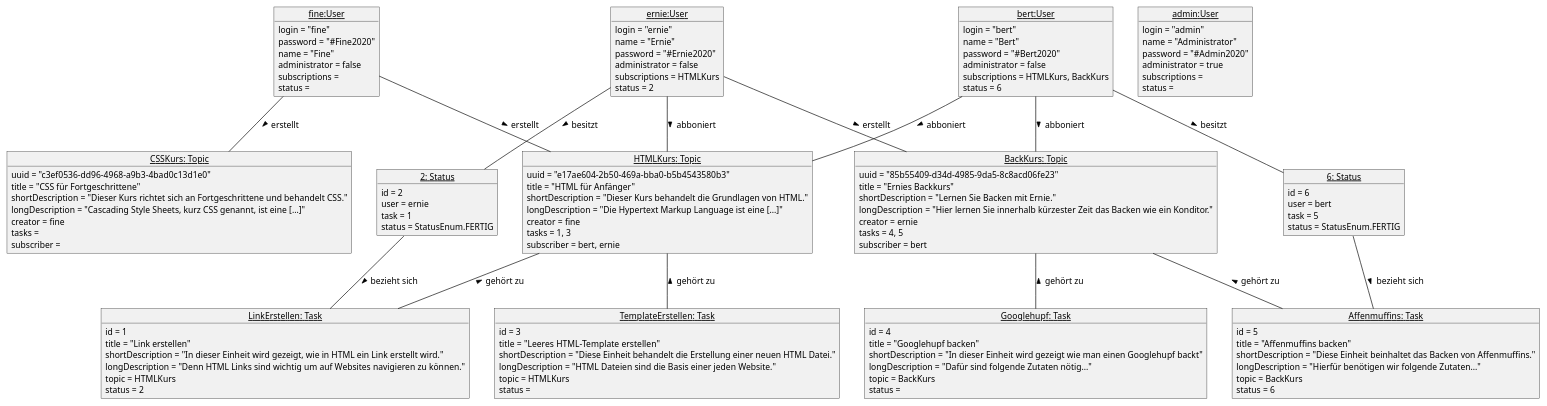
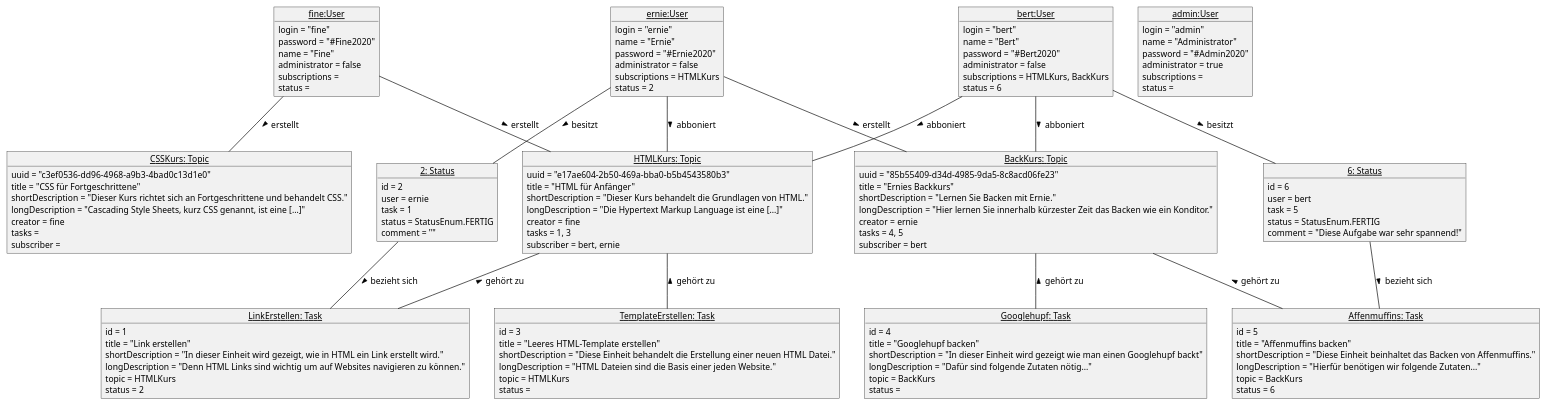
The diagram in doku/Objektmodell.plantuml (SimonHirner/agenda20), drawn with PlantUML before and after one commit. The commit also changed 12 other files, not shown here.

```diff
--- a/doku/Objektmodell.plantuml
+++ b/doku/Objektmodell.plantuml
@@ -1,146 +1,148 @@
 @startuml
 
 ' Layout
 skinparam classAttributeIconSize 0
 skinparam monochrome true
 skinparam shadowing false
 skinparam DefaultFontName arial
 skinparam DefaultFontSize 12
 skinparam ClassFontStyle bold
 
 'User
 object "<u>fine:User</u>" as fine{
     login = "fine"
     password = "#Fine2020"
     name = "Fine"
     administrator = false
     subscriptions = 
     status = 
 }
 object "<u>ernie:User</u>" as ernie{
     login = "ernie"
     name = "Ernie"
     password = "#Ernie2020"
     administrator = false
     subscriptions = HTMLKurs
     status = 2
 }
 object "<u>bert:User</u>" as bert{
     login = "bert"
     name = "Bert"
     password = "#Bert2020"
     administrator = false
     subscriptions = HTMLKurs, BackKurs
     status = 6
 }
 object "<u>admin:User</u>" as admin{
     login = "admin"
     name = "Administrator"
     password = "#Admin2020"
     administrator = true
     subscriptions = 
     status = 
 }
 
 'Topics
 object "<u>HTMLKurs: Topic</u>" as HTMLKurs{
 	uuid = "e17ae604-2b50-469a-bba0-b5b4543580b3"
     title = "HTML für Anfänger"
     shortDescription = "Dieser Kurs behandelt die Grundlagen von HTML."
     longDescription = "Die Hypertext Markup Language ist eine [...]"
     creator = fine
     tasks = 1, 3
     subscriber = bert, ernie
 
 }
 object "<u>CSSKurs: Topic</u>" as CSSKurs{
 	uuid = "c3ef0536-dd96-4968-a9b3-4bad0c13d1e0"
     title = "CSS für Fortgeschrittene"
     shortDescription = "Dieser Kurs richtet sich an Fortgeschrittene und behandelt CSS."
     longDescription = "Cascading Style Sheets, kurz CSS genannt, ist eine [...]"
     creator = fine
     tasks = 
     subscriber = 
 }
 object "<u>BackKurs: Topic</u>" as BackKurs{
 	uuid = "85b55409-d34d-4985-9da5-8c8acd06fe23"
     title = "Ernies Backkurs"
     shortDescription = "Lernen Sie Backen mit Ernie."
     longDescription = "Hier lernen Sie innerhalb kürzester Zeit das Backen wie ein Konditor."
     creator = ernie
     tasks = 4, 5
     subscriber = bert
 }
 
 'Tasks
 object "<u>LinkErstellen: Task</u>" as LinkErstellen {
     id = 1
     title = "Link erstellen"
     shortDescription = "In dieser Einheit wird gezeigt, wie in HTML ein Link erstellt wird."
     longDescription = "Denn HTML Links sind wichtig um auf Websites navigieren zu können."
     topic = HTMLKurs
     status = 2
 }
 object "<u>TemplateErstellen: Task</u>" as HTMlErstellen {
     id = 3
     title = "Leeres HTML-Template erstellen"
     shortDescription = "Diese Einheit behandelt die Erstellung einer neuen HTML Datei."
     longDescription = "HTML Dateien sind die Basis einer jeden Website."
     topic = HTMLKurs
     status =
 }
 object "<u>Googlehupf: Task</u>" as Googlehupf {
     id = 4
     title = "Googlehupf backen"
     shortDescription = "In dieser Einheit wird gezeigt wie man einen Googlehupf backt"
     longDescription = "Dafür sind folgende Zutaten nötig..."
     topic = BackKurs
     status =
 }
 object "<u>Affenmuffins: Task</u>" as Affenmuffins {
     id = 5
     title = "Affenmuffins backen"
     shortDescription = "Diese Einheit beinhaltet das Backen von Affenmuffins."
     longDescription = "Hierfür benötigen wir folgende Zutaten..."
     topic = BackKurs
     status = 6
 }
 
 'status
 object "<u>2: Status</u>" as 2{
 	id = 2
 	user = ernie
 	task = 1
 	status = StatusEnum.FERTIG
+	comment = ""
 }
 
 object "<u>6: Status</u>" as 6{
 	id = 6
 	user = bert
 	task = 5
 	status = StatusEnum.FERTIG
+	comment = "Diese Aufgabe war sehr spannend!"
 }
 
 'Assoziationen
 fine -- HTMLKurs :> erstellt
 fine -- CSSKurs :> erstellt
 ernie -- BackKurs :> erstellt
 
 ernie -- 2 :> besitzt
 bert -- 6 :> besitzt
 
 ernie -- HTMLKurs :> abboniert
 bert -- HTMLKurs :> abboniert
 bert -- BackKurs :> abboniert
 
 HTMLKurs -- LinkErstellen :< gehört zu
 HTMLKurs -- HTMlErstellen :< gehört zu
 
 6 -- Affenmuffins :> bezieht sich
 2 -- LinkErstellen :> bezieht sich
 
 BackKurs -- Googlehupf :< gehört zu
 BackKurs -- Affenmuffins :< gehört zu
 
 
 @enduml
```
